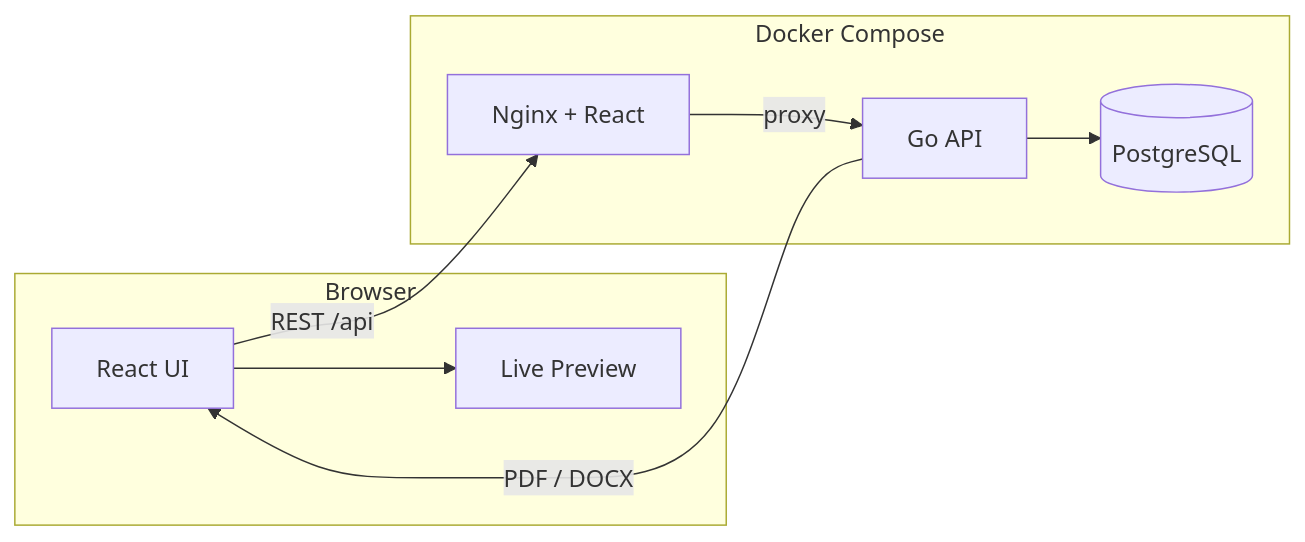
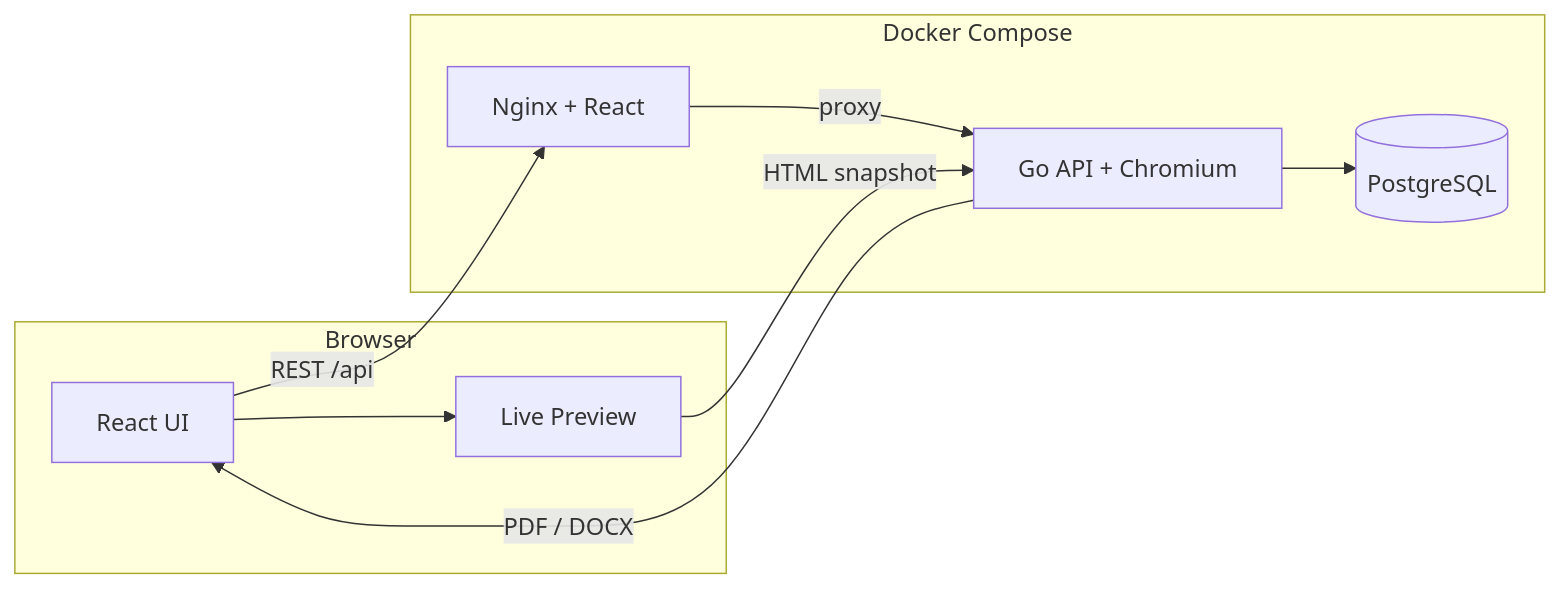
Before and after one commit to ckshitij/Resume-Builder: the diagram in README.md, drawn with Mermaid. The commit also changed other lines of this file and 2 other files, not shown here.

````diff
--- a/README.md
+++ b/README.md
@@ -75,19 +79,20 @@
 ```mermaid
 flowchart LR
   subgraph client [Browser]
     UI[React UI]
     Preview[Live Preview]
     UI --> Preview
   end
 
   subgraph docker [Docker Compose]
     FE[Nginx + React]
-    BE[Go API]
+    BE[Go API + Chromium]
     DB[(PostgreSQL)]
   end
 
   UI -->|REST /api| FE
   FE -->|proxy| BE
   BE --> DB
+  Preview -->|HTML snapshot| BE
   BE -->|PDF / DOCX| UI
 ```
````
